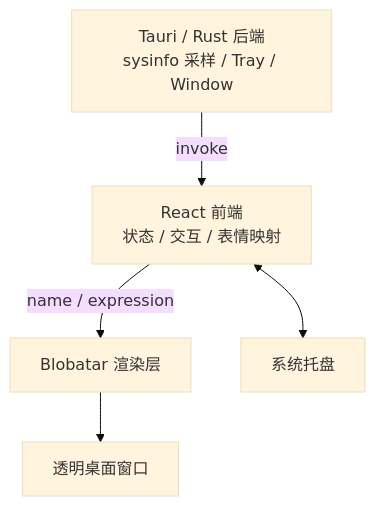
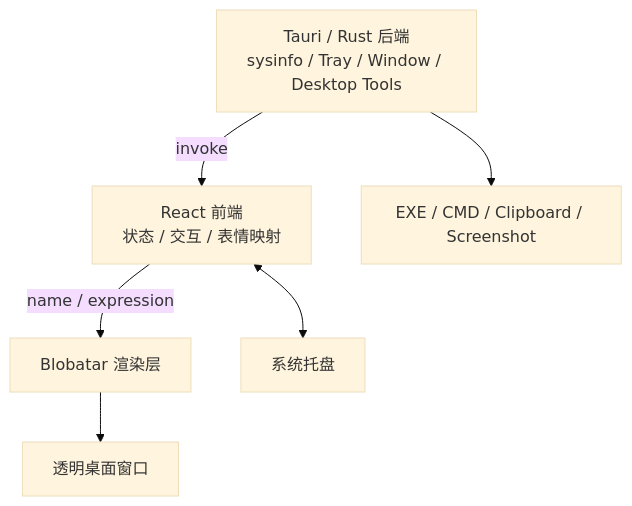
One commit to qq824045252-ship-it/winpet-blobatar changed the diagram in README.md. Above: the diagram before and after it, drawn with Mermaid (base theme). The commit also changed other lines of this file, not shown here.

Commit message:
docs: document desktop utility tools

````diff
--- a/README.md
+++ b/README.md
@@ -87,7 +103,8 @@
 ```mermaid
 flowchart TD
-  A[Tauri / Rust 后端<br/>sysinfo 采样 / Tray / Window] -- invoke --> B[React 前端<br/>状态 / 交互 / 表情映射]
+  A[Tauri / Rust 后端<br/>sysinfo / Tray / Window / Desktop Tools] -- invoke --> B[React 前端<br/>状态 / 交互 / 表情映射]
   B -- name / expression --> C[Blobatar 渲染层]
   C --> D[透明桌面窗口]
   B <--> E[系统托盘]
+  A --> F[EXE / CMD / Clipboard / Screenshot]
 ```
````
